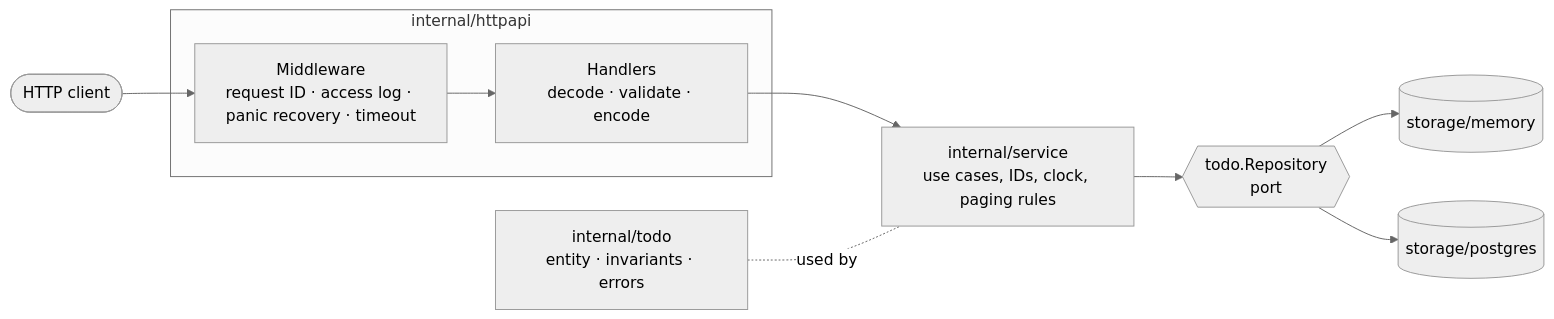
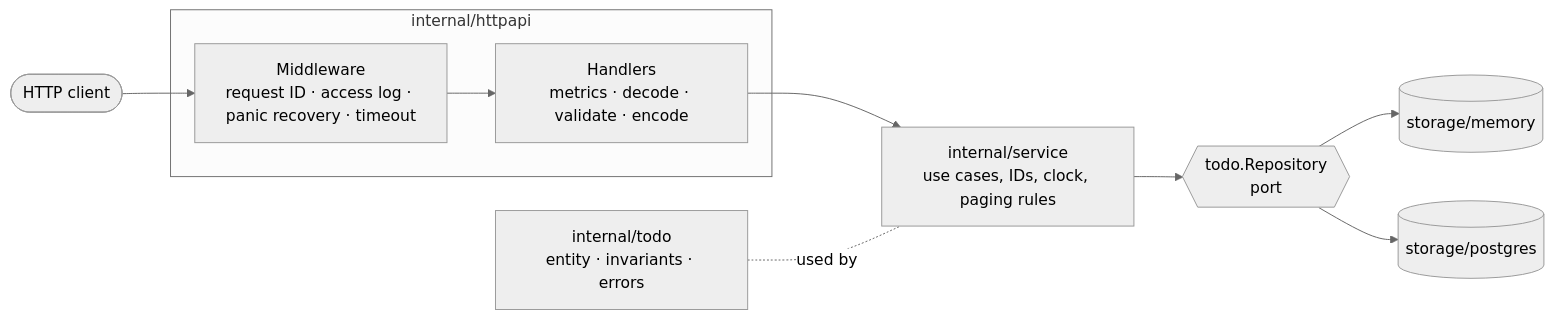
Before and after one commit to mirza76/todo-service: the first of 2 diagrams in README.md, drawn with Mermaid (neutral theme). The commit also changed other lines of this file and 13 other files, not shown here.

````diff
--- a/README.md
+++ b/README.md
@@ -52,15 +52,15 @@
 ```mermaid
 flowchart LR
     client([HTTP client]) --> mw
 
     subgraph httpapi [internal/httpapi]
-        mw[Middleware<br/>request ID · access log · panic recovery · timeout] --> h[Handlers<br/>decode · validate · encode]
+        mw[Middleware<br/>request ID · access log · panic recovery · timeout] --> h[Handlers<br/>metrics · decode · validate · encode]
     end
 
     h --> svc[internal/service<br/>use cases, IDs, clock, paging rules]
     svc --> port{{todo.Repository<br/>port}}
     port --> mem[(storage/memory)]
     port --> pg[(storage/postgres)]
 
     domain[internal/todo<br/>entity · invariants · errors] -. used by .- svc
 ```
````
